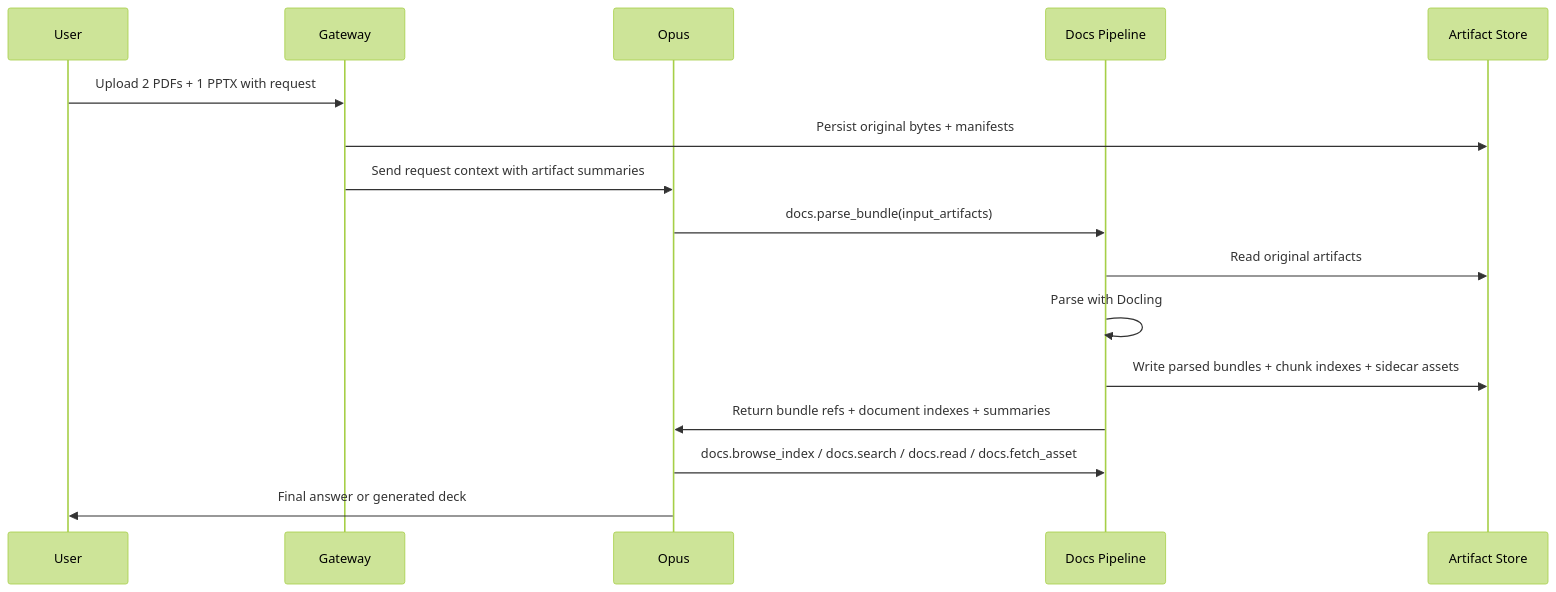
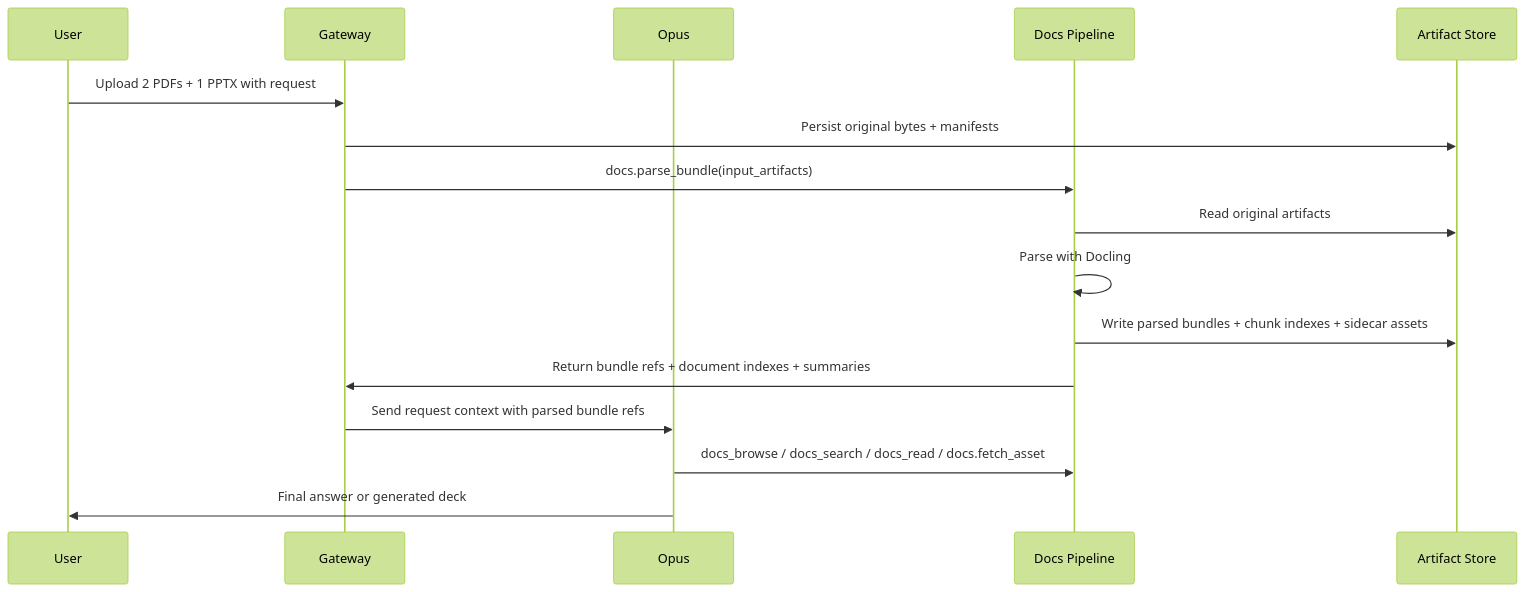
One commit to uspraveen/Cosmic-OS changed the second of 3 diagrams in Backend/COSMIC_MULTIMODAL_DOCUMENT_PIPELINE_PLAN.md. Above: the diagram before and after it, drawn with Mermaid (forest theme). The commit also changed other lines of this file and 24 other files, not shown here.

Commit message:
Complete first end-to-end document pipeline flow

````diff
--- a/Backend/COSMIC_MULTIMODAL_DOCUMENT_PIPELINE_PLAN.md
+++ b/Backend/COSMIC_MULTIMODAL_DOCUMENT_PIPELINE_PLAN.md
@@ -549,19 +551,19 @@
 ```mermaid
 sequenceDiagram
     participant U as User
     participant G as Gateway
     participant O as Opus
     participant D as Docs Pipeline
     participant A as Artifact Store
 
     U->>G: Upload 2 PDFs + 1 PPTX with request
     G->>A: Persist original bytes + manifests
-    G->>O: Send request context with artifact summaries
-    O->>D: docs.parse_bundle(input_artifacts)
+    G->>D: docs.parse_bundle(input_artifacts)
     D->>A: Read original artifacts
     D->>D: Parse with Docling
     D->>A: Write parsed bundles + chunk indexes + sidecar assets
-    D->>O: Return bundle refs + document indexes + summaries
-    O->>D: docs.browse_index / docs.search / docs.read / docs.fetch_asset
+    D->>G: Return bundle refs + document indexes + summaries
+    G->>O: Send request context with parsed bundle refs
+    O->>D: docs_browse / docs_search / docs_read / docs.fetch_asset
     O->>U: Final answer or generated deck
 ```
````
